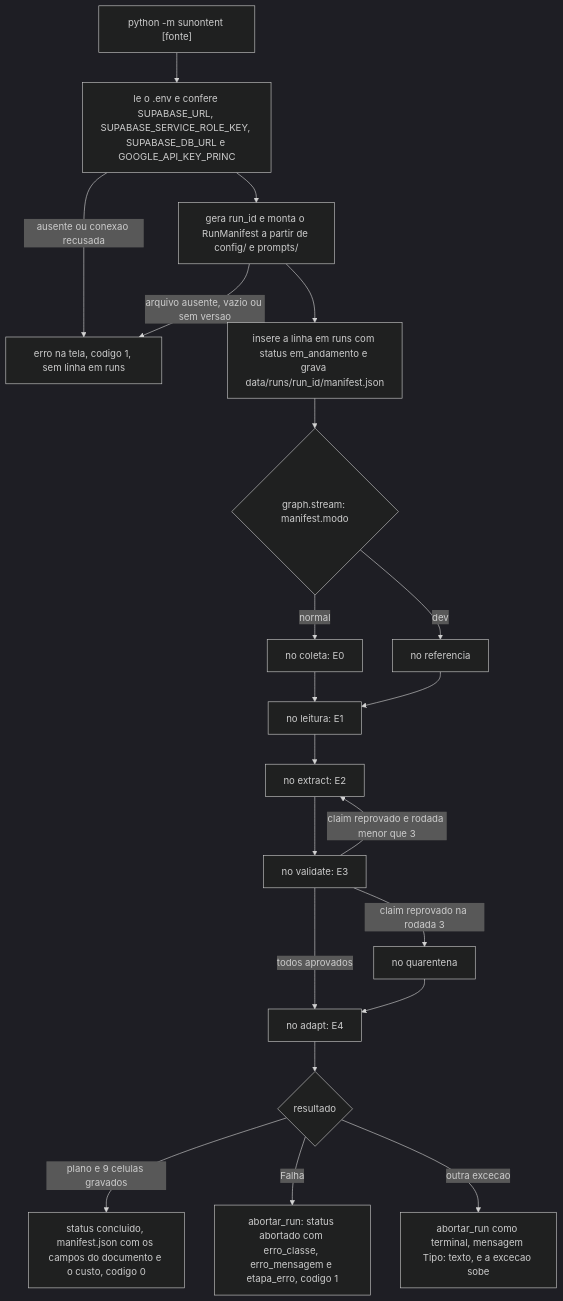
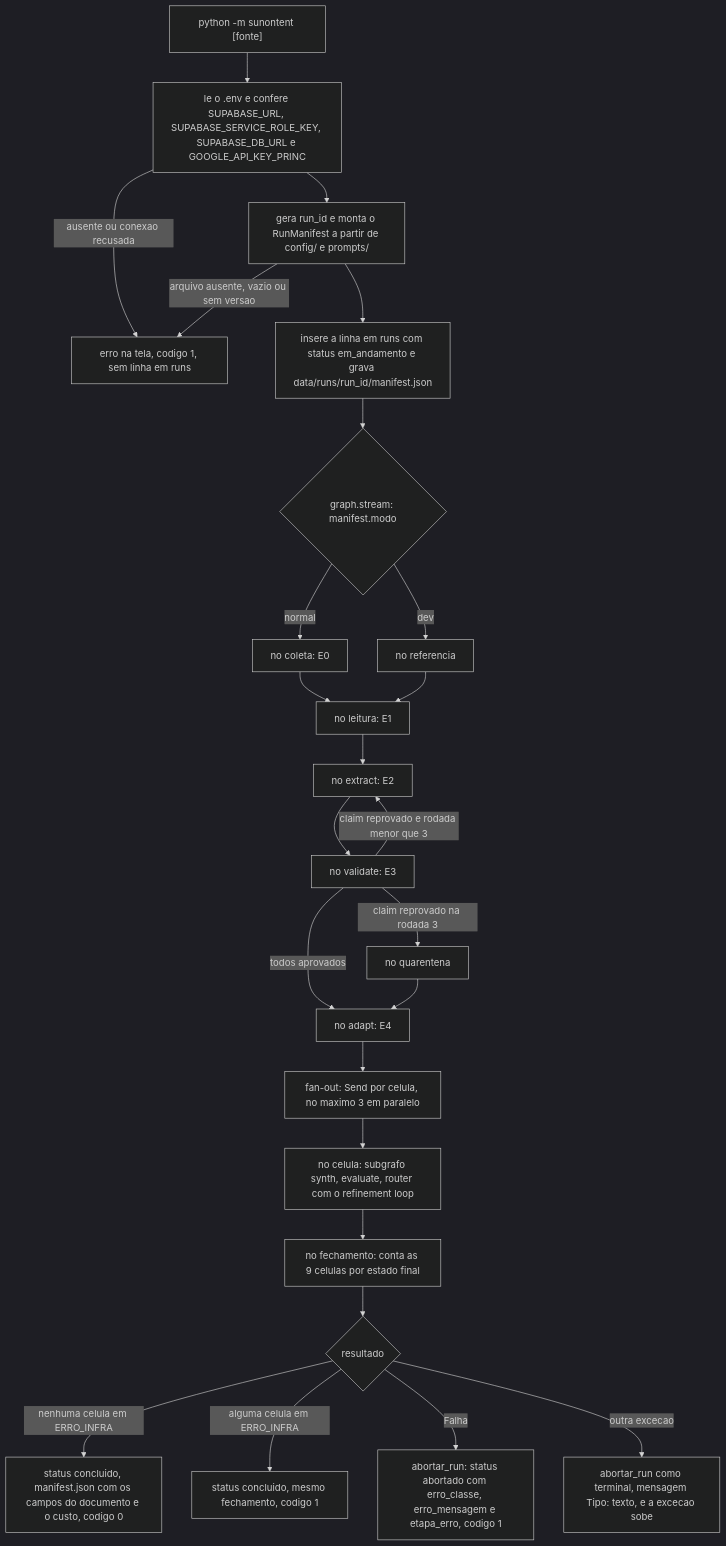
The diagram in docs/execucao.md (lcordeirokopke/Sunointent), drawn with Mermaid (dark theme) before and after one commit. The commit also changed other lines of this file and 26 other files, not shown here.

Commit message:
feat: adiciona fan-out

````diff
--- a/docs/execucao.md
+++ b/docs/execucao.md
@@ -19,23 +19,27 @@
 ```mermaid
 flowchart TD
     CLI["python -m sunontent [fonte]"] --> ENV["le o .env e confere SUPABASE_URL, SUPABASE_SERVICE_ROLE_KEY, SUPABASE_DB_URL e GOOGLE_API_KEY_PRINC"]
     ENV -->|"ausente ou conexao recusada"| PARA["erro na tela, codigo 1, sem linha em runs"]
     ENV --> MAN["gera run_id e monta o RunManifest a partir de config/ e prompts/"]
     MAN -->|"arquivo ausente, vazio ou sem versao"| PARA
     MAN --> RUN["insere a linha em runs com status em_andamento e grava data/runs/run_id/manifest.json"]
     RUN --> G{"graph.stream: manifest.modo"}
     G -->|"normal"| E0["no coleta: E0"]
     G -->|"dev"| REF["no referencia"]
     E0 --> E1["no leitura: E1"]
     REF --> E1
     E1 --> E2["no extract: E2"]
     E2 --> E3["no validate: E3"]
     E3 -->|"claim reprovado e rodada menor que 3"| E2
     E3 -->|"claim reprovado na rodada 3"| QUA["no quarentena"]
     E3 -->|"todos aprovados"| E4["no adapt: E4"]
     QUA --> E4
-    E4 --> FIM{"resultado"}
-    FIM -->|"plano e 9 celulas gravados"| OK["status concluido, manifest.json com os campos do documento e o custo, codigo 0"]
+    E4 --> CEL["fan-out: Send por celula, no maximo 3 em paralelo"]
+    CEL --> CE["no celula: subgrafo synth, evaluate, router com o refinement loop"]
+    CE --> FEC["no fechamento: conta as 9 celulas por estado final"]
+    FEC --> FIM{"resultado"}
+    FIM -->|"nenhuma celula em ERRO_INFRA"| OK["status concluido, manifest.json com os campos do documento e o custo, codigo 0"]
+    FIM -->|"alguma celula em ERRO_INFRA"| OK1["status concluido, mesmo fechamento, codigo 1"]
     FIM -->|"Falha"| AB["abortar_run: status abortado com erro_classe, erro_mensagem e etapa_erro, codigo 1"]
     FIM -->|"outra excecao"| AB2["abortar_run como terminal, mensagem Tipo: texto, e a excecao sobe"]
 ```
````
